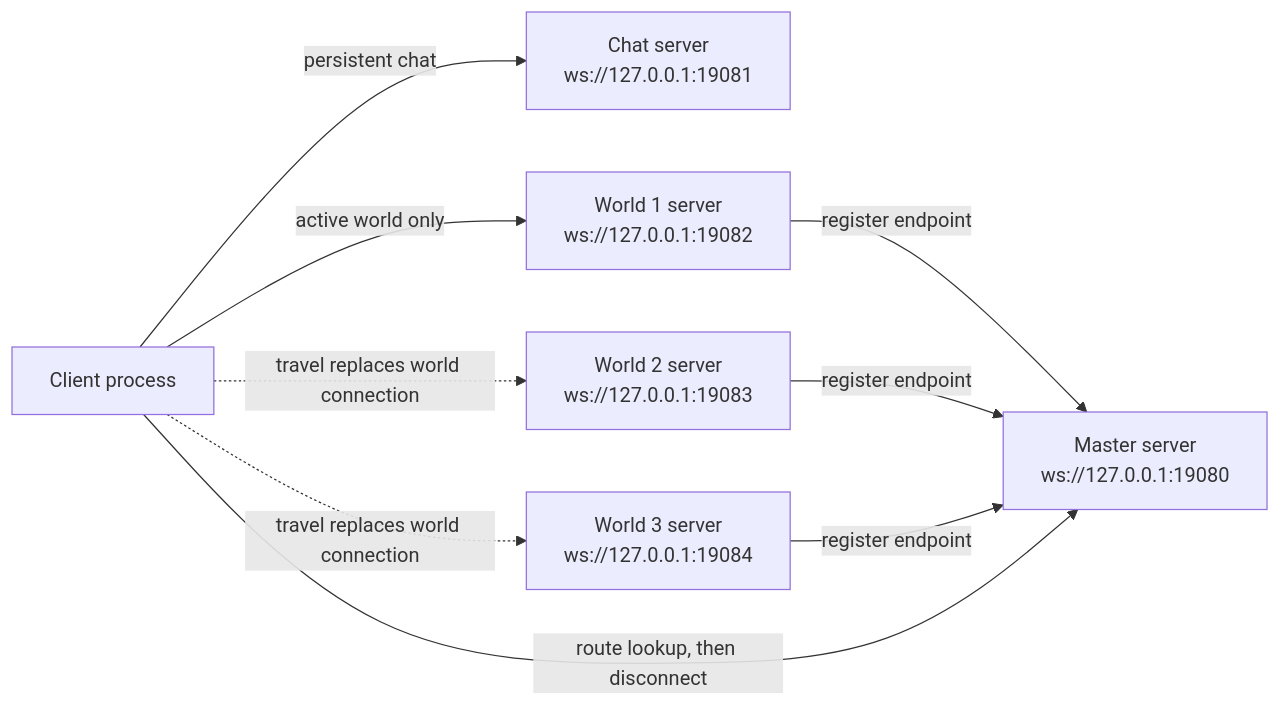
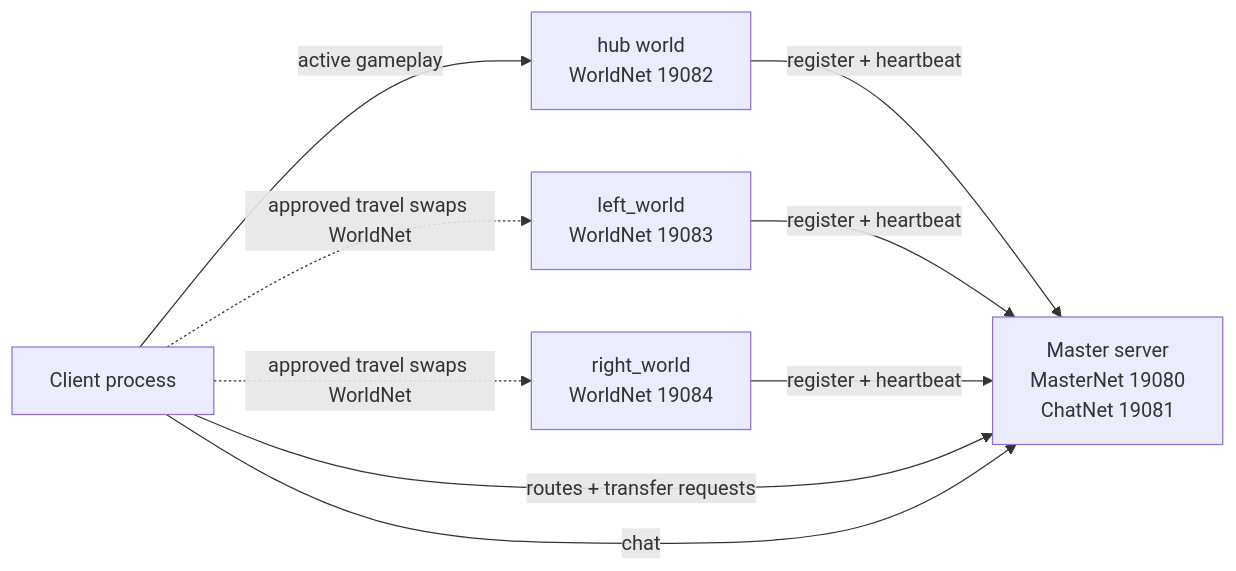
Before and after one commit to Shilo/multi-server-test: the diagram in docs/godot-multi-server-architecture-guide.md, drawn with Mermaid. The commit also changed other lines of this file and 73 other files, not shown here.

````diff
--- a/docs/godot-multi-server-architecture-guide.md
+++ b/docs/godot-multi-server-architecture-guide.md
@@ -38,19 +31,18 @@
 ```mermaid
 flowchart LR
     Client["Client process"]
-    Master["Master server<br/>ws://127.0.0.1:19080"]
-    Chat["Chat server<br/>ws://127.0.0.1:19081"]
-    World1["World 1 server<br/>ws://127.0.0.1:19082"]
-    World2["World 2 server<br/>ws://127.0.0.1:19083"]
-    World3["World 3 server<br/>ws://127.0.0.1:19084"]
+    Master["Master server<br/>MasterNet 19080<br/>ChatNet 19081"]
+    Hub["hub world<br/>WorldNet 19082"]
+    Left["left_world<br/>WorldNet 19083"]
+    Right["right_world<br/>WorldNet 19084"]
 
-    World1 -- "register endpoint" --> Master
-    World2 -- "register endpoint" --> Master
-    World3 -- "register endpoint" --> Master
+    Hub -- "register + heartbeat" --> Master
+    Left -- "register + heartbeat" --> Master
+    Right -- "register + heartbeat" --> Master
 
-    Client -- "route lookup, then disconnect" --> Master
-    Client -- "persistent chat" --> Chat
-    Client -- "active world only" --> World1
-    Client -. "travel replaces world connection" .-> World2
-    Client -. "travel replaces world connection" .-> World3
+    Client -- "routes + transfer requests" --> Master
+    Client -- "chat" --> Master
+    Client -- "active gameplay" --> Hub
+    Client -. "approved travel swaps WorldNet" .-> Left
+    Client -. "approved travel swaps WorldNet" .-> Right
 ```
````
